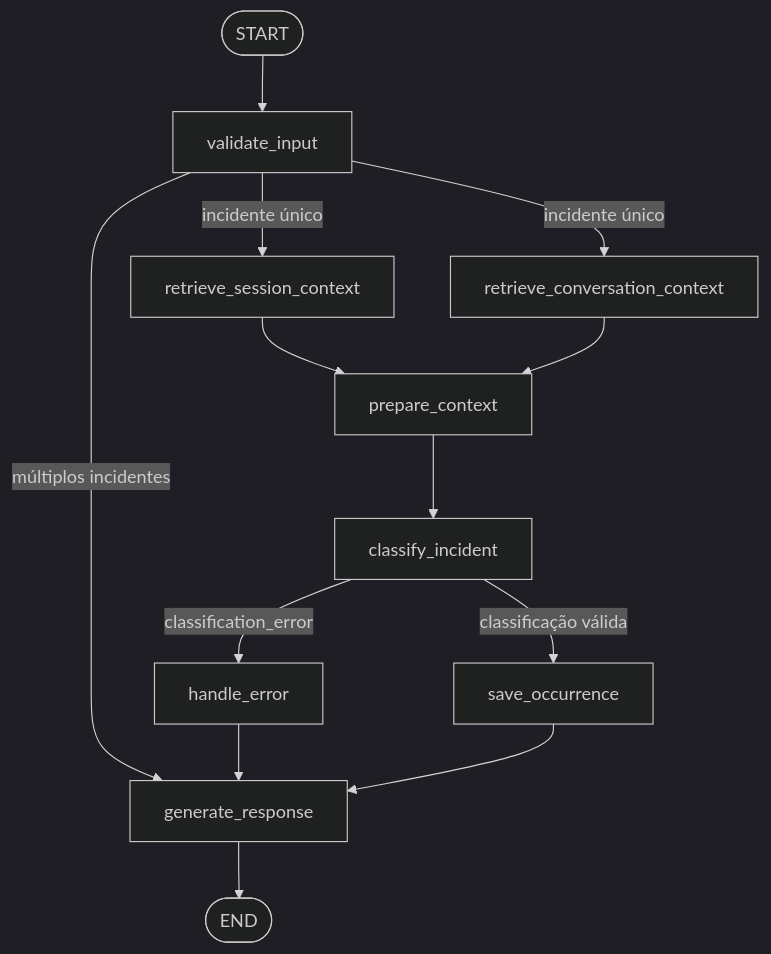
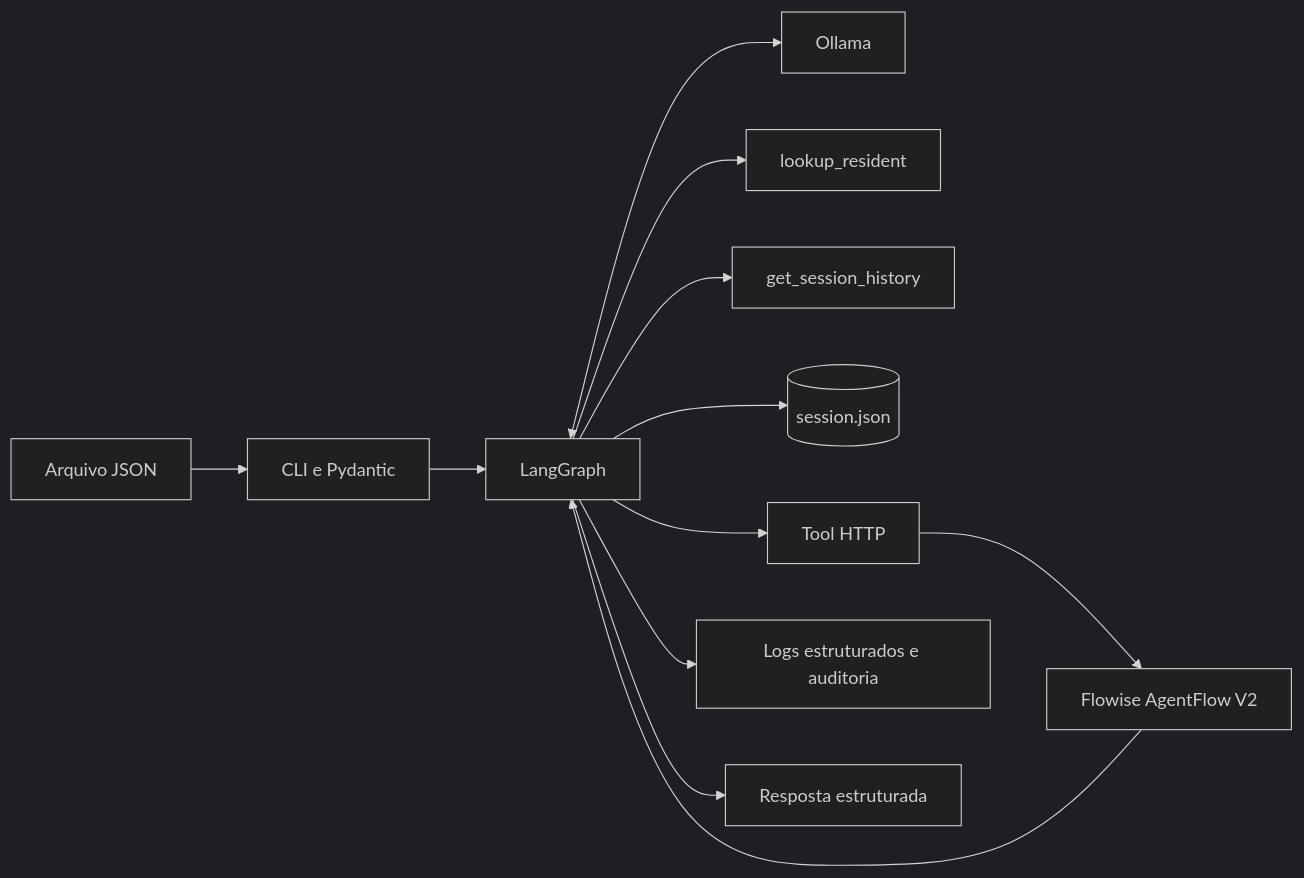
Before and after one commit to lucasivanv/condominium-incident-agent: the first of 2 diagrams in docs/evidencias/architecture.md, drawn with Mermaid (dark theme). The commit also changed other lines of this file and 21 other files, not shown here.

````diff
--- a/docs/evidencias/architecture.md
+++ b/docs/evidencias/architecture.md
@@ -60,15 +30,14 @@
 ```mermaid
-flowchart TD
-  START([START]) --> V[validate_input]
-  V -->|múltiplos incidentes| R[generate_response]
-  V -->|incidente único| S[retrieve_session_context]
-  V -->|incidente único| C[retrieve_conversation_context]
-  S --> P[prepare_context]
-  C --> P
-  P --> I[classify_incident]
-  I -->|classification_error| E[handle_error]
-  I -->|classificação válida| O[save_occurrence]
-  E --> R
-  O --> R
-  R --> END([END])
+flowchart LR
+    U[Arquivo JSON] --> CLI[CLI e Pydantic]
+    CLI --> LG[LangGraph]
+    LG <--> O[Ollama]
+    LG --> T1[lookup_resident]
+    LG --> T2[get_session_history]
+    LG --> M[(session.json)]
+    LG --> F[Tool HTTP]
+    F --> FW[Flowise AgentFlow V2]
+    LG --> OB[Logs estruturados e auditoria]
+    FW --> LG
+    LG --> R[Resposta estruturada]
 ```
````
